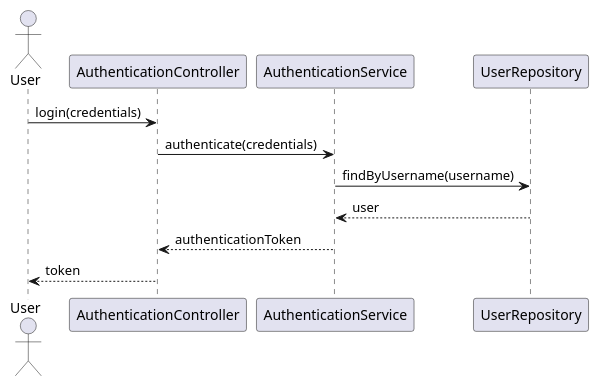
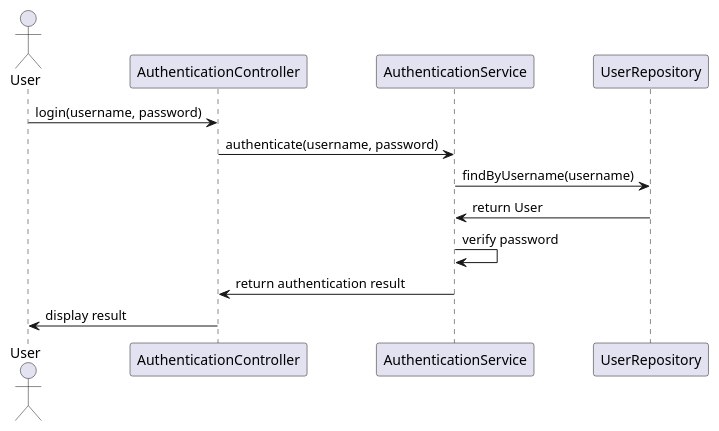
Before and after one commit to Dinesh-s95/AutoDoc.ai: the second of 4 diagrams in enrollment/documentation/detaileddesign.adoc, drawn with PlantUML. The commit also changed other lines of this file and 19 other files, not shown here.

```diff
--- a/enrollment/documentation/detaileddesign.adoc
+++ b/enrollment/documentation/detaileddesign.adoc
@@ -201,16 +209,17 @@
-[plantuml, authentication-sequence, png]
+[plantuml, authentication-flow, png]
 ----
 @startuml
-actor User
+actor "User" as U
 participant "AuthenticationController" as AC
 participant "AuthenticationService" as AS
 participant "UserRepository" as UR
 
-User -> AC : login(credentials)
-AC -> AS : authenticate(credentials)
+U -> AC : login(username, password)
+AC -> AS : authenticate(username, password)
 AS -> UR : findByUsername(username)
-UR --> AS : user
-AS --> AC : authenticationToken
-AC --> User : token
+UR -> AS : return User
+AS -> AS : verify password
+AS -> AC : return authentication result
+AC -> U : display result
 @enduml
 ----
```
